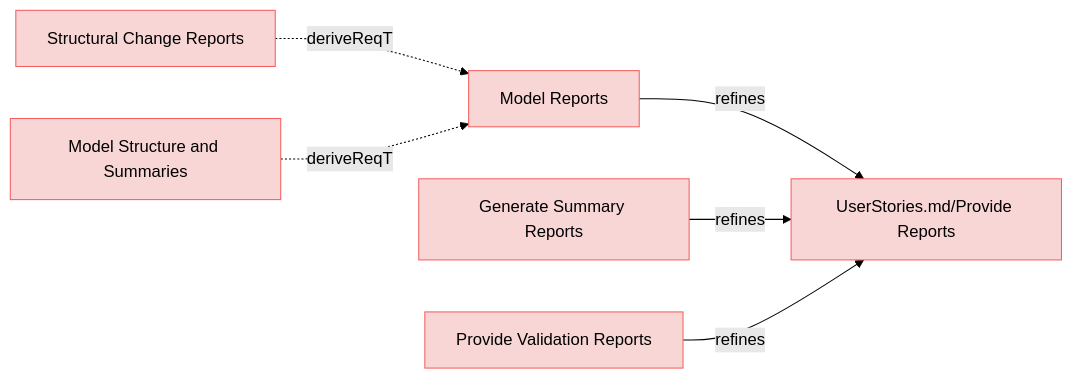
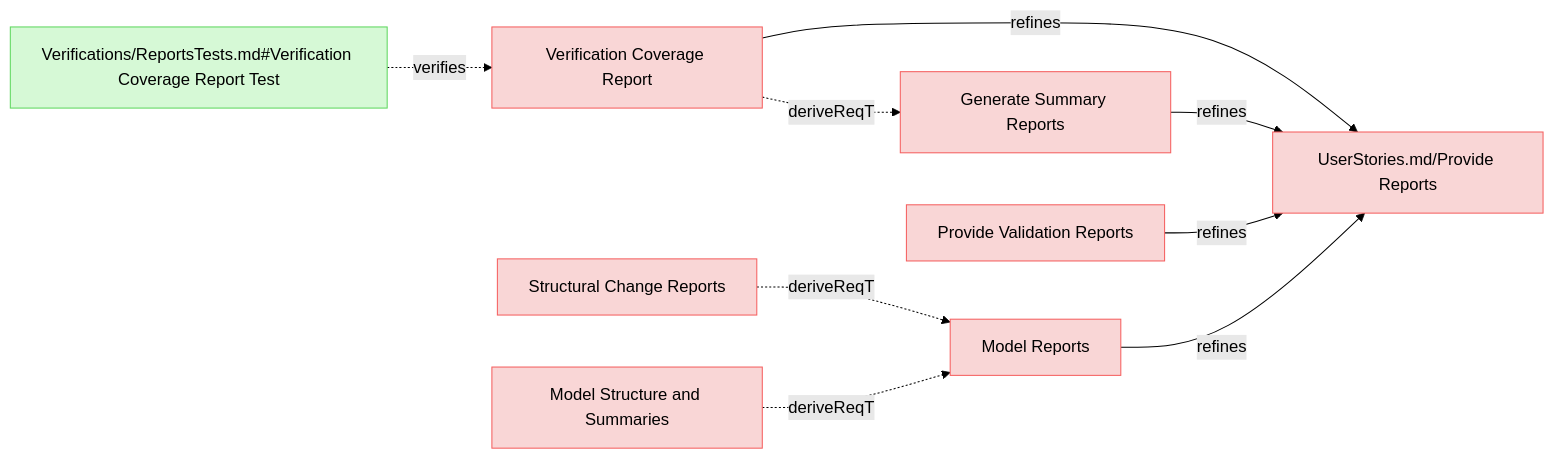
Before and after one commit to reqvire-org/reqvire: the fifth of 9 diagrams in specifications/UserRequirements.md, drawn with Mermaid (forest theme). The commit also changed 14 other files, not shown here.

Commit message:
Diagrams updated.

````diff
--- a/specifications/UserRequirements.md
+++ b/specifications/UserRequirements.md
@@ -322,32 +322,41 @@
 ```mermaid
 graph LR;
   %% Graph styling
   classDef requirement fill:#f9d6d6,stroke:#f55f5f,stroke-width:1px;
   classDef verification fill:#d6f9d6,stroke:#5fd75f,stroke-width:1px;
   classDef externalLink fill:#d0e0ff,stroke:#3080ff,stroke-width:1px;
   classDef default fill:#f5f5f5,stroke:#333333,stroke-width:1px;
 
+  1908501a80db5c46["Structural Change Reports"];
+  class 1908501a80db5c46 requirement;
+  click 1908501a80db5c46 "UserRequirements.md#structural-change-reports";
   70701096d332c0b2["Model Reports"];
   class 70701096d332c0b2 requirement;
   click 70701096d332c0b2 "UserRequirements.md#model-reports";
+  1908501a80db5c46 -.->|deriveReqT| 70701096d332c0b2;
+  f7a606aa79ba438["Verification Coverage Report"];
+  class f7a606aa79ba438 requirement;
+  click f7a606aa79ba438 "UserRequirements.md#verification-coverage-report";
   91a0adb0b4d959c4["UserStories.md/Provide Reports"];
   class 91a0adb0b4d959c4 requirement;
   click 91a0adb0b4d959c4 "UserStories.md#provide-reports";
-  70701096d332c0b2 -->|refines| 91a0adb0b4d959c4;
+  f7a606aa79ba438 -->|refines| 91a0adb0b4d959c4;
   b5c9876f83e7d0ce["Generate Summary Reports"];
   class b5c9876f83e7d0ce requirement;
   click b5c9876f83e7d0ce "UserRequirements.md#generate-summary-reports";
+  f7a606aa79ba438 -.->|deriveReqT| b5c9876f83e7d0ce;
+  349f5e874cf22d98["Verifications/ReportsTests.md#Verification Coverage Report Test"];
+  class 349f5e874cf22d98 verification;
+  click 349f5e874cf22d98 "Verifications/ReportsTests.md#verification-coverage-report-test";
+  349f5e874cf22d98 -.->|verifies| f7a606aa79ba438;
   b5c9876f83e7d0ce -->|refines| 91a0adb0b4d959c4;
-  1908501a80db5c46["Structural Change Reports"];
-  class 1908501a80db5c46 requirement;
-  click 1908501a80db5c46 "UserRequirements.md#structural-change-reports";
-  1908501a80db5c46 -.->|deriveReqT| 70701096d332c0b2;
   ed31b6bed1cde2f8["Provide Validation Reports"];
   class ed31b6bed1cde2f8 requirement;
   click ed31b6bed1cde2f8 "UserRequirements.md#provide-validation-reports";
   ed31b6bed1cde2f8 -->|refines| 91a0adb0b4d959c4;
+  70701096d332c0b2 -->|refines| 91a0adb0b4d959c4;
   ad6f7a2d41d80a38["Model Structure and Summaries"];
   class ad6f7a2d41d80a38 requirement;
   click ad6f7a2d41d80a38 "UserRequirements.md#model-structure-and-summaries";
   ad6f7a2d41d80a38 -.->|deriveReqT| 70701096d332c0b2;
 ```
````
